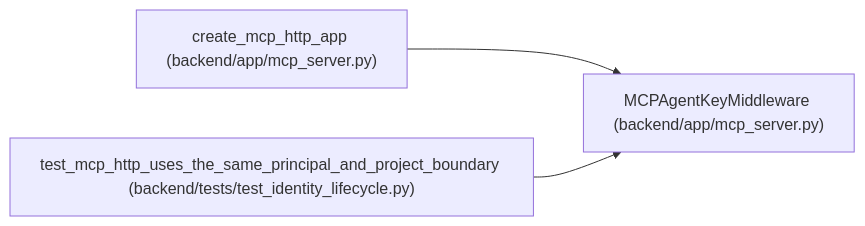
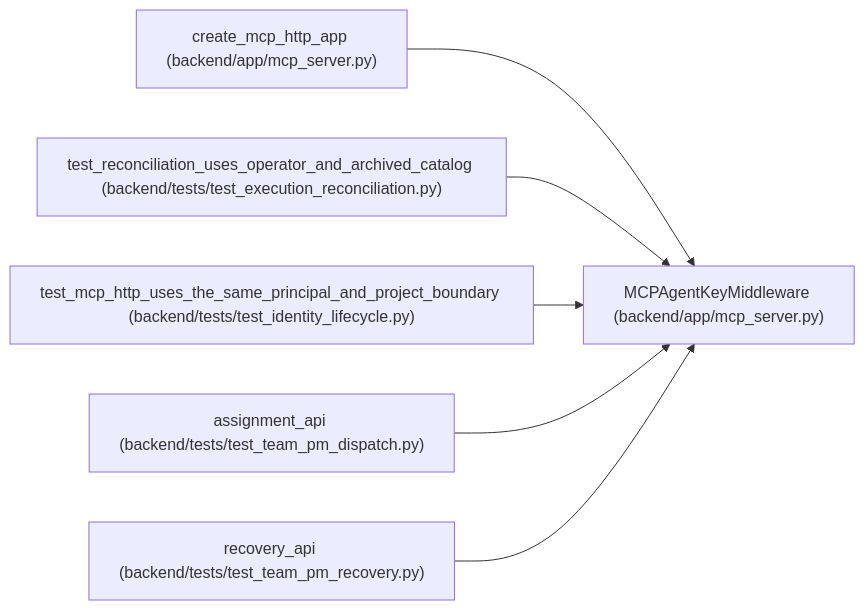
The diagram in docs/llm_wiki/entities/MCPAgentKeyMiddleware.md (Denissvgn/WorkChord), drawn with Mermaid before and after one commit. The commit also changed other lines of this file and 2373 other files, not shown here.

````diff
--- a/docs/llm_wiki/entities/MCPAgentKeyMiddleware.md
+++ b/docs/llm_wiki/entities/MCPAgentKeyMiddleware.md
@@ -26,11 +26,20 @@
 ```mermaid
 flowchart LR
     n0["MCPAgentKeyMiddleware (backend/app/mcp_server.py)"]
     n1["create_mcp_http_app (backend/app/mcp_server.py)"]
-    n2["test_mcp_http_uses_the_same_principal_and_project_boundary (backend/tests/test_identity_lifecycle.py)"]
+    n2["test_reconciliation_uses_operator_and_archived_catalog (backend/tests/test_execution_reconciliation.py)"]
+    n3["test_mcp_http_uses_the_same_principal_and_project_boundary (backend/tests/test_identity_lifecycle.py)"]
+    n4["assignment_api (backend/tests/test_team_pm_dispatch.py)"]
+    n5["recovery_api (backend/tests/test_team_pm_recovery.py)"]
     n1 --> n0
     n2 --> n0
+    n3 --> n0
+    n4 --> n0
+    n5 --> n0
     click n0 "../modules/mcp_server.md"
     click n1 "../modules/mcp_server.md"
-    click n2 "../modules/test_identity_lifecycle.md"
+    click n2 "../modules/test_execution_reconciliation.md"
+    click n3 "../modules/test_identity_lifecycle.md"
+    click n4 "../modules/test_team_pm_dispatch.md"
+    click n5 "../modules/test_team_pm_recovery.md"
 ```
````
